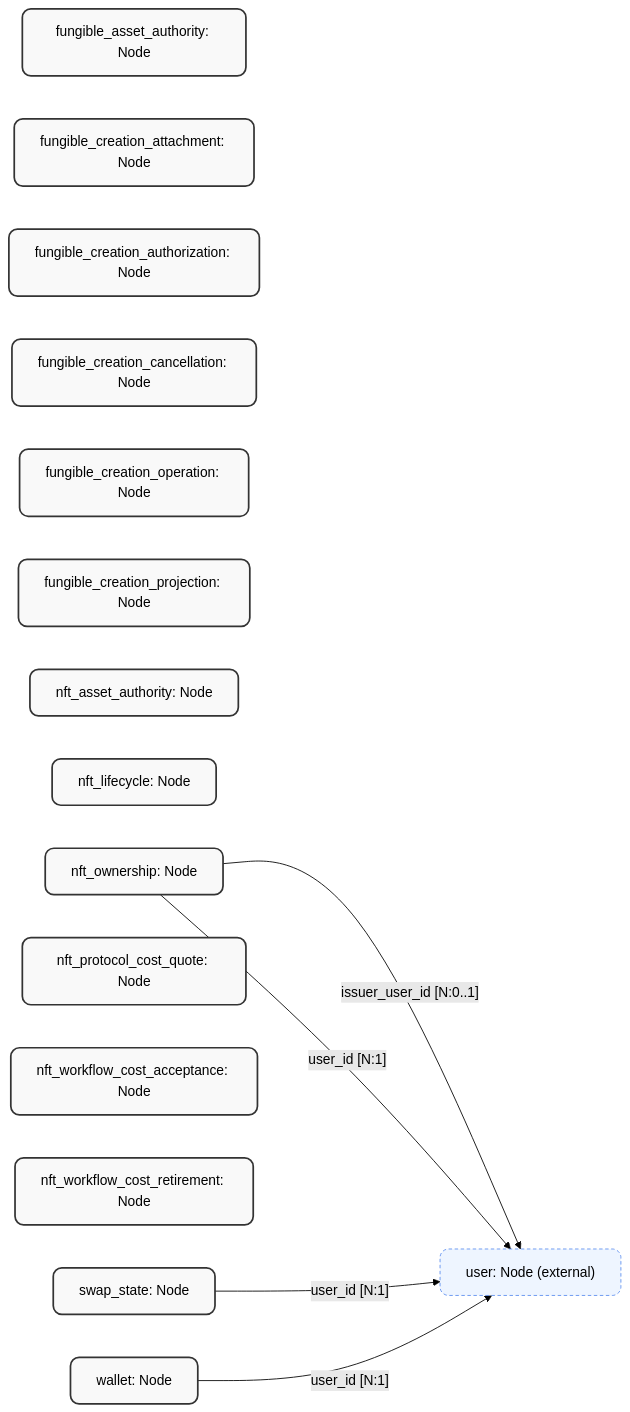
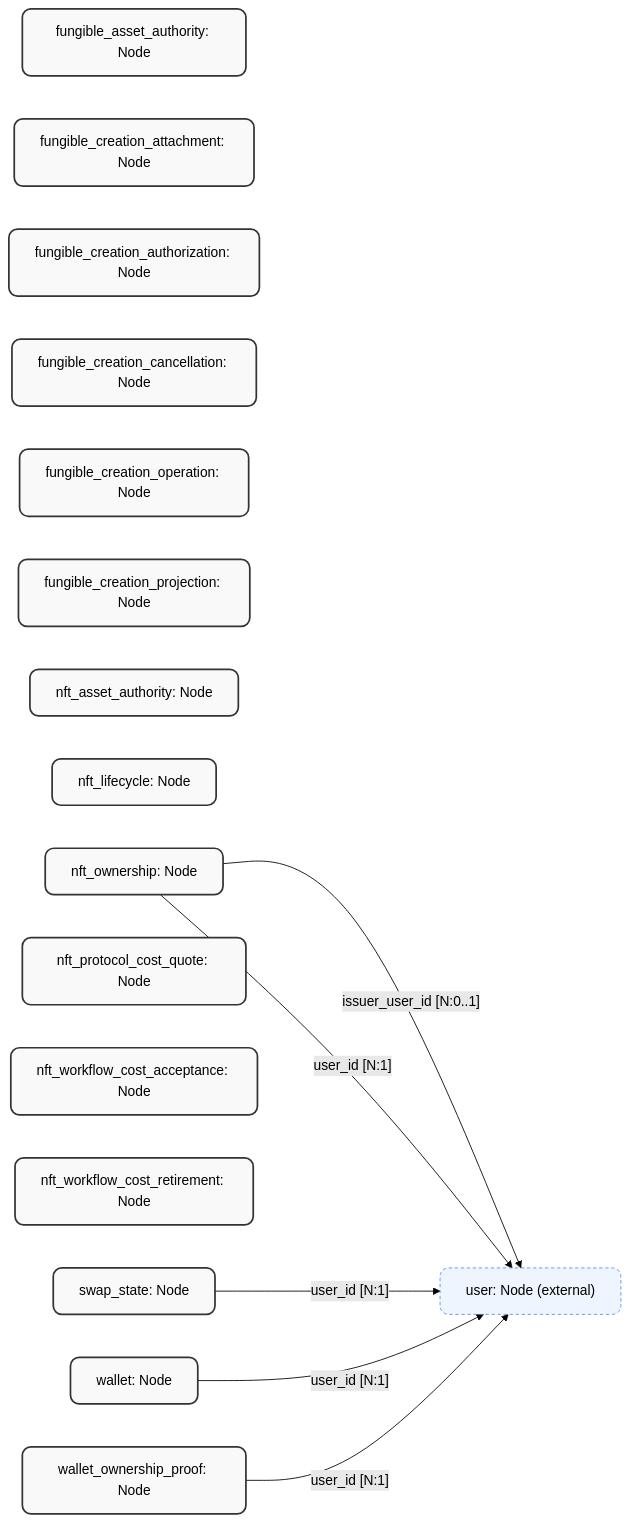
Before and after one commit to JadeZaher/azoa-autonomous-zones-of-action: the diagram in Persistence/SurrealDb/Generated/Flowcharts/wallet_nft.flowchart.mermaid, drawn with Mermaid (forest theme). The commit also changed 2 other files, not shown here.

Commit message:
r4(security): wip — wallet_ownership_proof schema (generator)

```diff
--- a/Persistence/SurrealDb/Generated/Flowcharts/wallet_nft.flowchart.mermaid
+++ b/Persistence/SurrealDb/Generated/Flowcharts/wallet_nft.flowchart.mermaid
@@ -1,32 +1,34 @@
 graph LR
     %% Slice: wallet_nft
     %% GENERATED FILE -- do not edit. Source: SurrealDB schema attribute scan.
     %% Regenerate with: dotnet run --project packages/SurrealForge.Schema -- flowcharts
 
     %% Nodes in this slice
     fungible_asset_authority["fungible_asset_authority: Node"]:::nodeClass
     fungible_creation_attachment["fungible_creation_attachment: Node"]:::nodeClass
     fungible_creation_authorization["fungible_creation_authorization: Node"]:::nodeClass
     fungible_creation_cancellation["fungible_creation_cancellation: Node"]:::nodeClass
     fungible_creation_operation["fungible_creation_operation: Node"]:::nodeClass
     fungible_creation_projection["fungible_creation_projection: Node"]:::nodeClass
     nft_asset_authority["nft_asset_authority: Node"]:::nodeClass
     nft_lifecycle["nft_lifecycle: Node"]:::nodeClass
     nft_ownership["nft_ownership: Node"]:::nodeClass
     nft_protocol_cost_quote["nft_protocol_cost_quote: Node"]:::nodeClass
     nft_workflow_cost_acceptance["nft_workflow_cost_acceptance: Node"]:::nodeClass
     nft_workflow_cost_retirement["nft_workflow_cost_retirement: Node"]:::nodeClass
     swap_state["swap_state: Node"]:::nodeClass
     wallet["wallet: Node"]:::nodeClass
+    wallet_ownership_proof["wallet_ownership_proof: Node"]:::nodeClass
 
     %% Cross-slice targets (rendered as ghost nodes)
     user["user: Node (external)"]:::externalNode
 
     %% Edges (outbound from this slice)
     nft_ownership -- "issuer_user_id [N:0..1]" --> user
     nft_ownership -- "user_id [N:1]" --> user
     swap_state -- "user_id [N:1]" --> user
     wallet -- "user_id [N:1]" --> user
+    wallet_ownership_proof -- "user_id [N:1]" --> user
 
     classDef nodeClass fill:#f9f9f9,stroke:#333,stroke-width:2px,rx:10px,ry:10px;
     classDef externalNode fill:#eef5ff,stroke:#5b8def,stroke-width:1px,stroke-dasharray:4 3,rx:10px,ry:10px;
```
